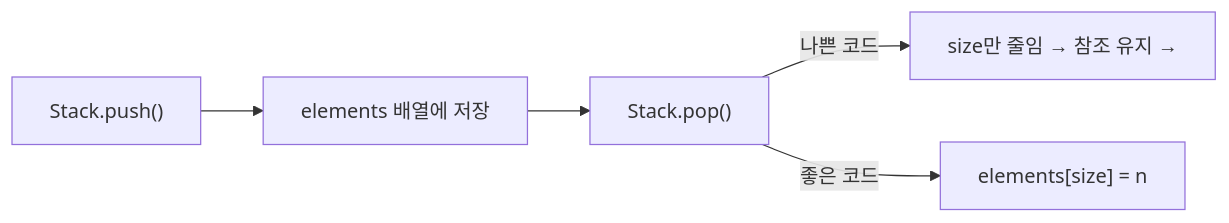
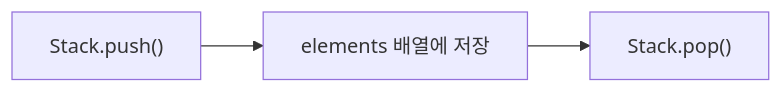
Before and after one commit to yjkim2015/yjkim2015.github.io: the fourth of 5 diagrams in _posts/effective_java/2026-05-03-effective-java-object-creation.md, drawn with Mermaid. The commit also changed other lines of this file and 132 other files, not shown here.

First line of the commit message:
Mermaid 다이어그램 가독성 정리: 단순 제거, 노드 축소, TD→LR 변환

````diff
--- a/_posts/effective_java/2026-05-03-effective-java-object-creation.md
+++ b/_posts/effective_java/2026-05-03-effective-java-object-creation.md
@@ -283,7 +280,5 @@
 ```mermaid
 flowchart LR
     A["Stack.push()"] --> B["elements 배열에 저장"]
     B --> C["Stack.pop()"]
-    C -->|"나쁜 코드"| D["size만 줄임 → 참조 유지 →"]
-    C -->|"좋은 코드"| E["elements[size] = n"]
 ```
````
